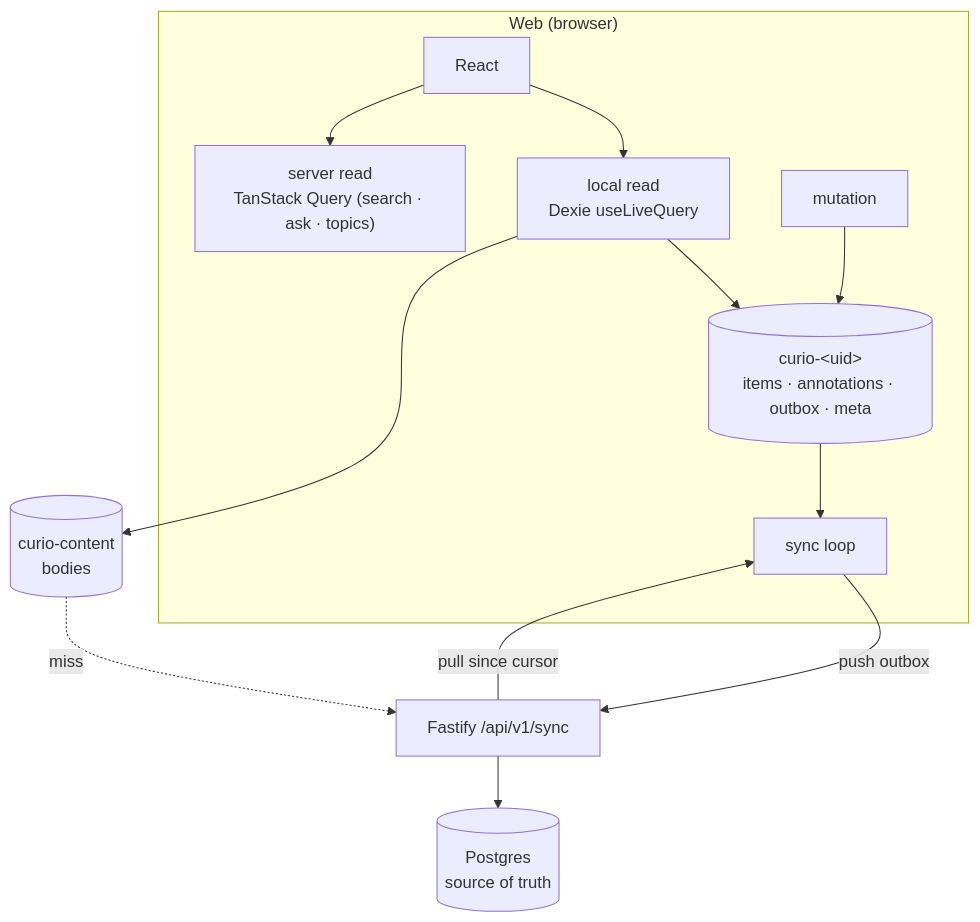
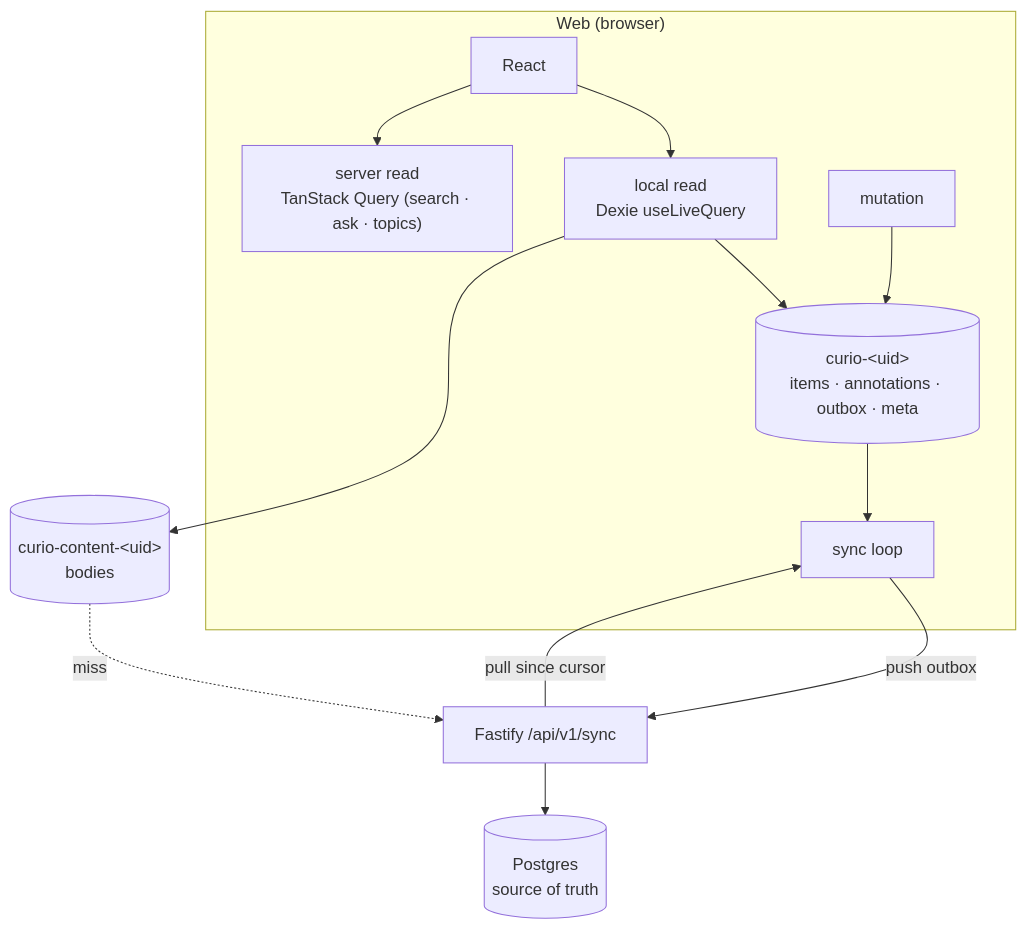
One commit to SouravInsights/curio changed the diagram in docs/local-first.md. Above: the diagram before and after it, drawn with Mermaid. The commit also changed other lines of this file and 1 other file, not shown here.

First line of the commit message:
docs: the content cache is built

````diff
--- a/docs/local-first.md
+++ b/docs/local-first.md
@@ -36,15 +36,15 @@
 ```mermaid
 flowchart TB
     subgraph W["Web (browser)"]
         UI["React"] --> LR["local read<br/>Dexie useLiveQuery"]
         UI --> SR["server read<br/>TanStack Query (search · ask · topics)"]
         MUT["mutation"] --> LDB[("curio-&lt;uid&gt;<br/>items · annotations · outbox · meta")]
         LDB --> SYNC["sync loop"]
     end
     SYNC -->|push outbox| API["Fastify /api/v1/sync"]
     API -->|pull since cursor| SYNC
     API --> PG[("Postgres<br/>source of truth")]
     LR --> LDB
-    LR --> CDB[("curio-content<br/>bodies")]
+    LR --> CDB[("curio-content-&lt;uid&gt;<br/>bodies")]
     CDB -.->|miss| API
 ```
````
